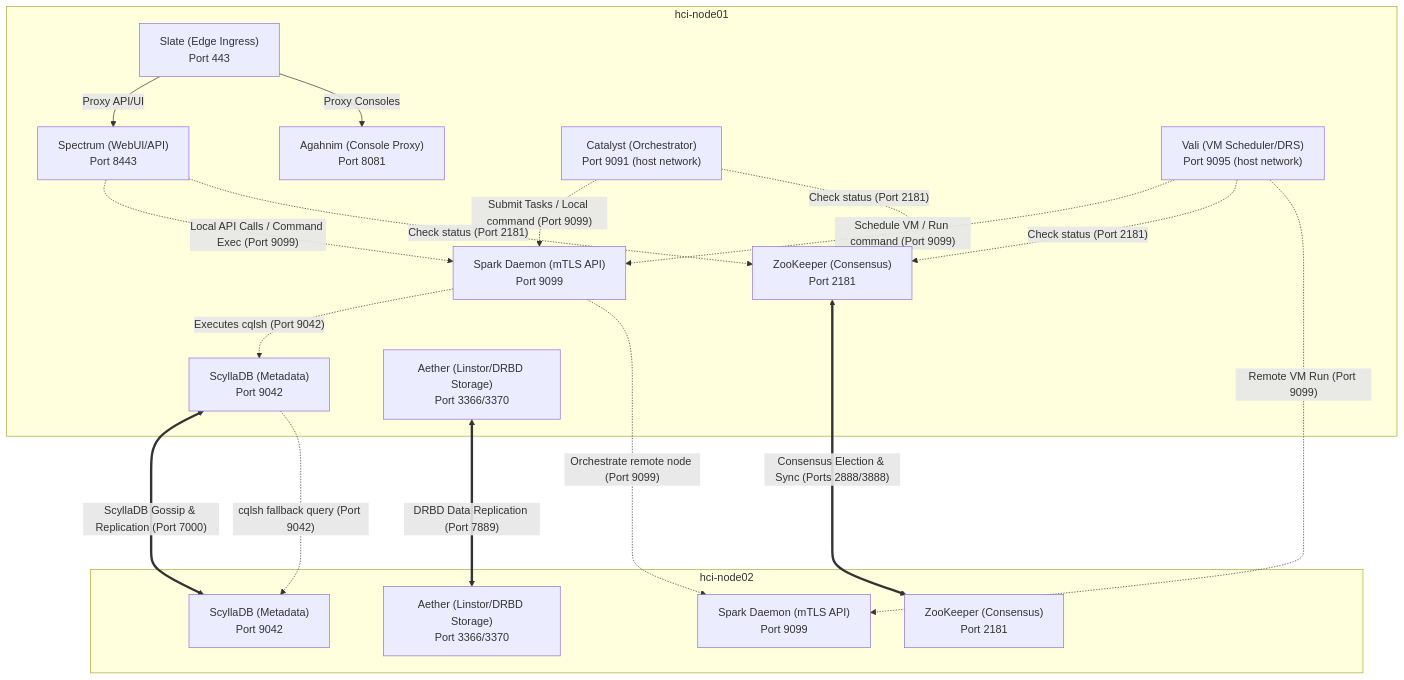
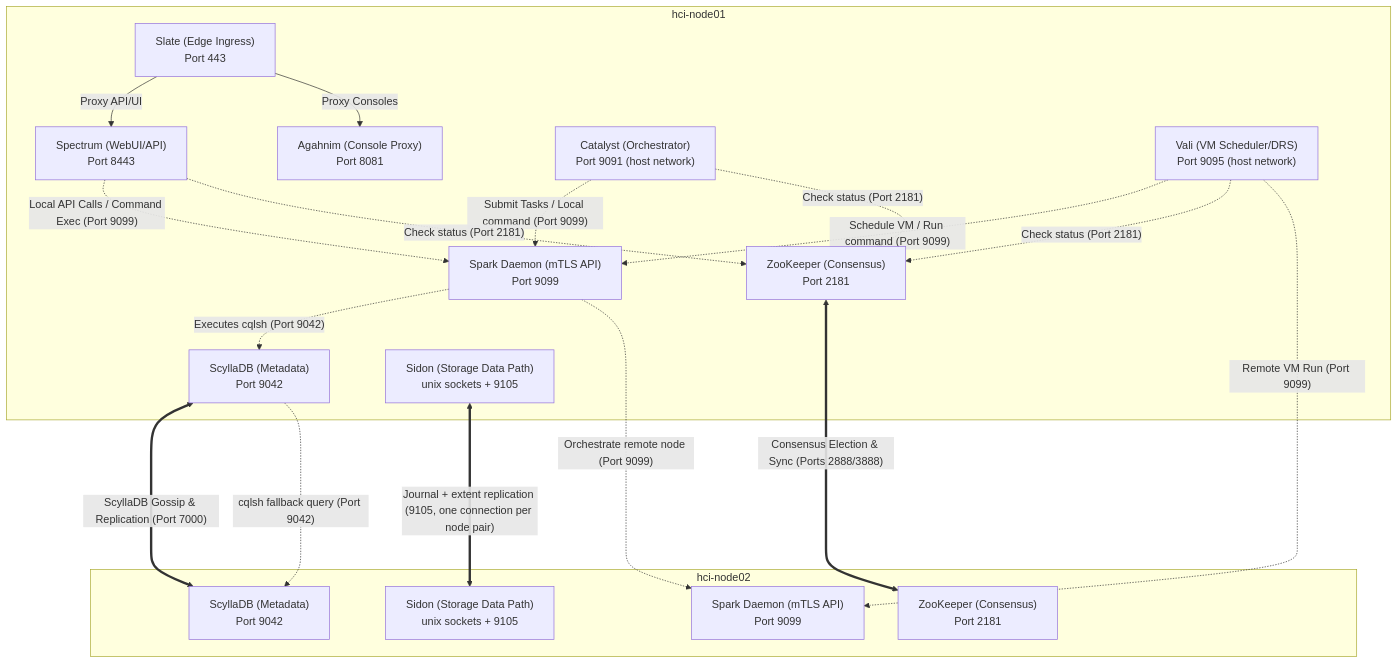
One commit to AuroraRyunix/Helios-HCI changed the diagram in README.md. Above: the diagram before and after it, drawn with Mermaid. The commit also changed other lines of this file and 7 other files, not shown here.

````diff
--- a/README.md
+++ b/README.md
@@ -287,46 +287,46 @@
 ```mermaid
 flowchart TB
     subgraph Host1 [hci-node01]
         Slate1["Slate (Edge Ingress)<br>Port 443"]
         Spectrum1["Spectrum (WebUI/API)<br>Port 8443"]
         Agahnim1["Agahnim (Console Proxy)<br>Port 8081"]
         Catalyst1["Catalyst (Orchestrator)<br>Port 9091 (host network)"]
         Vali1["Vali (VM Scheduler/DRS)<br>Port 9095 (host network)"]
         Spark1["Spark Daemon (mTLS API)<br>Port 9099"]
         ZK1["ZooKeeper (Consensus)<br>Port 2181"]
         DB1["ScyllaDB (Metadata)<br>Port 9042"]
-        Aether1["Aether (Linstor/DRBD Storage)<br>Port 3366/3370"]
+        Sidon1["Sidon (Storage Data Path)<br>unix sockets + 9105"]
     end
     Slate1 -->|"Proxy API/UI"| Spectrum1
     Slate1 -->|"Proxy Consoles"| Agahnim1
 
     subgraph Host2 [hci-node02]
         Spark2["Spark Daemon (mTLS API)<br>Port 9099"]
         ZK2["ZooKeeper (Consensus)<br>Port 2181"]
         DB2["ScyllaDB (Metadata)<br>Port 9042"]
-        Aether2["Aether (Linstor/DRBD Storage)<br>Port 3366/3370"]
+        Sidon2["Sidon (Storage Data Path)<br>unix sockets + 9105"]
     end
 
     %% Internal service orchestration and query flows on Host1
     Spectrum1 -.->|"Local API Calls / Command Exec (Port 9099)"| Spark1
     Catalyst1 -.->|"Submit Tasks / Local command (Port 9099)"| Spark1
     Vali1 -.->|"Schedule VM / Run command (Port 9099)"| Spark1
     
     %% Direct TCP status checks
     Spectrum1 -.->|"Check status (Port 2181)"| ZK1
     Catalyst1 -.->|"Check status (Port 2181)"| ZK1
     Vali1 -.->|"Check status (Port 2181)"| ZK1
 
     %% Local database access via spark execution
     Spark1 -.->|"Executes cqlsh (Port 9042)"| DB1
 
     %% Inter-node replication and consensus (Cluster Mesh)
     DB1 <===>|"ScyllaDB Gossip & Replication (Port 7000)"| DB2
     ZK1 <===>|"Consensus Election & Sync (Ports 2888/3888)"| ZK2
-    Aether1 <===>|"DRBD Data Replication (Port 7889)"| Aether2
+    Sidon1 <===>|"Journal + extent replication (9105, one connection per node pair)"| Sidon2
 
     %% Remote orchestration and fallbacks
     Spark1 -.->|"Orchestrate remote node (Port 9099)"| Spark2
     Vali1 -.->|"Remote VM Run (Port 9099)"| Spark2
     DB1 -.->|"cqlsh fallback query (Port 9042)"| DB2
 ```
````
